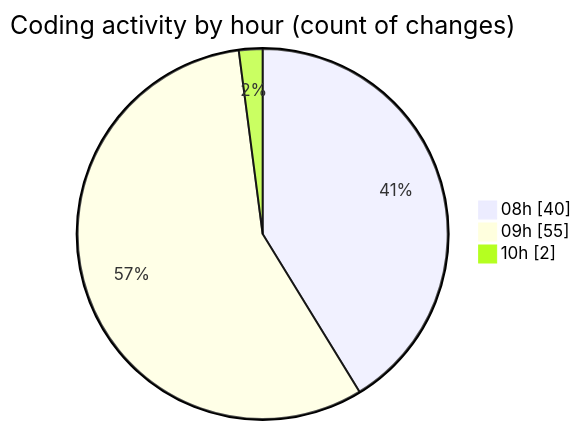
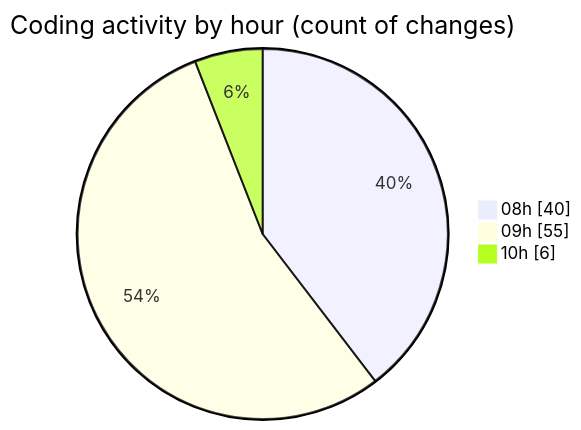
One commit to robertbonfada/code-tracking changed the second of 2 diagrams in 2025-01-27/mbc-web/README.md. Above: the diagram before and after it, drawn with Mermaid. The commit also changed other lines of this file and 1 other file, not shown here.

````diff
--- a/2025-01-27/mbc-web/README.md
+++ b/2025-01-27/mbc-web/README.md
@@ -45,7 +45,7 @@
 ```mermaid
 pie showData
 title Coding activity by hour (count of changes)
 "08h" : 40
 "09h" : 55
-"10h" : 2
+"10h" : 6
 ```
````
